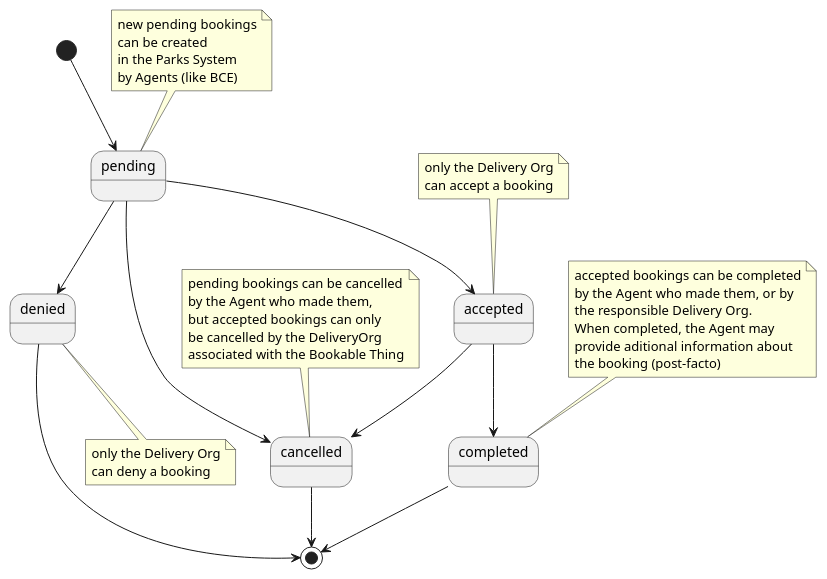
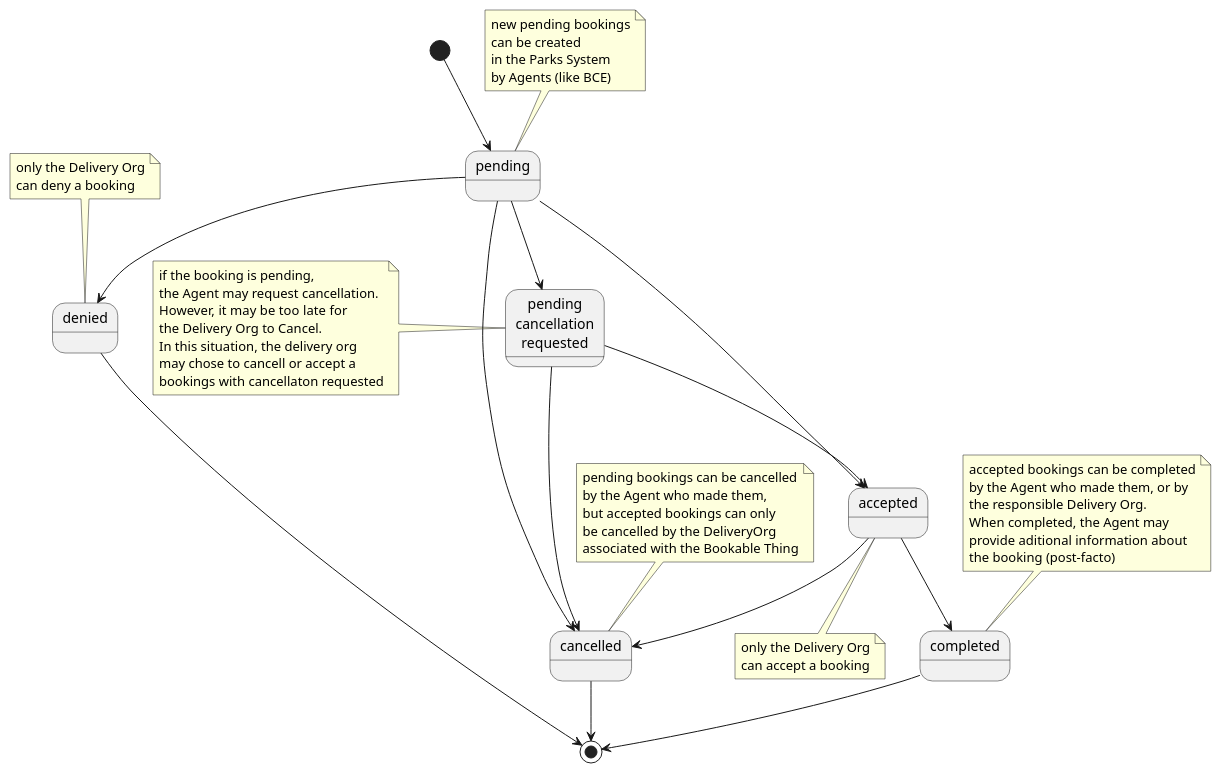
The second of 2 diagrams in design.rst (koriaf/parks-bce-integration-bookable-things), drawn with PlantUML before and after one commit.

Commit message:
add 'pending: cancellation requested' to booking statechart

```diff
--- a/design.rst
+++ b/design.rst
@@ -91,21 +91,27 @@
 .. uml::
 
    [*] --> pending
    note "new pending bookings\ncan be created\nin the Parks System\nby Agents (like BCE)" as N1
    N1 --> pending
    pending --> denied
    pending --> accepted
    pending --> cancelled
    accepted --> cancelled
    accepted --> completed
    note "pending bookings can be cancelled\nby the Agent who made them,\nbut accepted bookings can only\nbe cancelled by the DeliveryOrg\nassociated with the Bookable Thing" as N2
    N2 --> cancelled
    denied --> [*]
    completed --> [*]
    cancelled --> [*]
    note "accepted bookings can be completed\nby the Agent who made them, or by\nthe responsible Delivery Org.\nWhen completed, the Agent may\nprovide aditional information about\nthe booking (post-facto)" as N3
    N3 --> completed
    note "only the Delivery Org\ncan accept a booking" as N4
-   N4 --> accepted
+   accepted --> N4
    note "only the Delivery Org\ncan deny a booking" as N5
-   denied --> N5
+   N5 --> denied
+   state "pending\ncancellation\nrequested" as pcr
+   pending --> pcr
+   pcr --> cancelled
+   pcr --> accepted
+   note "if the booking is pending,\nthe Agent may request cancellation.\nHowever, it may be too late for\nthe Delivery Org to Cancel.\nIn this situation, the delivery org\nmay chose to cancell or accept a\nbookings with cancellaton requested" as N6
+   N6 -> pcr
```
